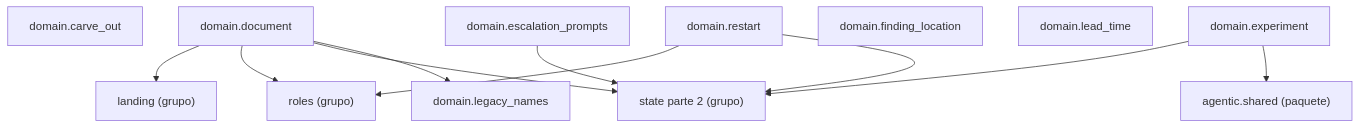
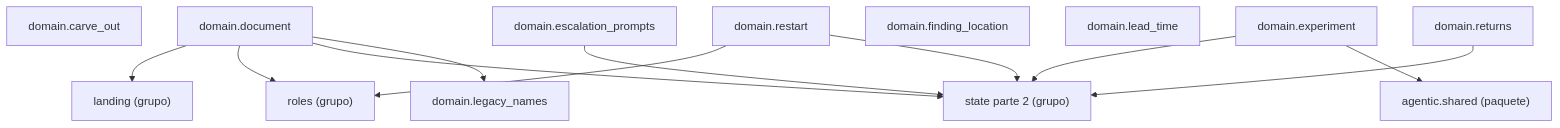
The diagram in docs/architecture/generated/packages-process-domain-state-1.md (GonzaloZevallos/agentic-system), drawn with Mermaid before and after one commit. The commit also changed 1 other file, not shown here.

Commit message:
Regenerate the state package pages after merging master

````diff
--- a/docs/architecture/generated/packages-process-domain-state-1.md
+++ b/docs/architecture/generated/packages-process-domain-state-1.md
@@ -12,24 +12,26 @@
 ```mermaid
 graph TD
     g_domain__landing["landing (grupo)"]
     g_domain__roles["roles (grupo)"]
     g_domain__state__2["state parte 2 (grupo)"]
     g_pkg__agentic__shared["agentic.shared (paquete)"]
     m_domain__carve_out["domain.carve_out"]
     m_domain__document["domain.document"]
     m_domain__escalation_prompts["domain.escalation_prompts"]
     m_domain__experiment["domain.experiment"]
     m_domain__finding_location["domain.finding_location"]
     m_domain__lead_time["domain.lead_time"]
     m_domain__legacy_names["domain.legacy_names"]
     m_domain__restart["domain.restart"]
+    m_domain__returns["domain.returns"]
     m_domain__document --> g_domain__landing
     m_domain__document --> g_domain__roles
     m_domain__document --> g_domain__state__2
     m_domain__document --> m_domain__legacy_names
     m_domain__escalation_prompts --> g_domain__state__2
     m_domain__experiment --> g_domain__state__2
     m_domain__experiment --> g_pkg__agentic__shared
     m_domain__restart --> g_domain__roles
     m_domain__restart --> g_domain__state__2
+    m_domain__returns --> g_domain__state__2
 ```
````
